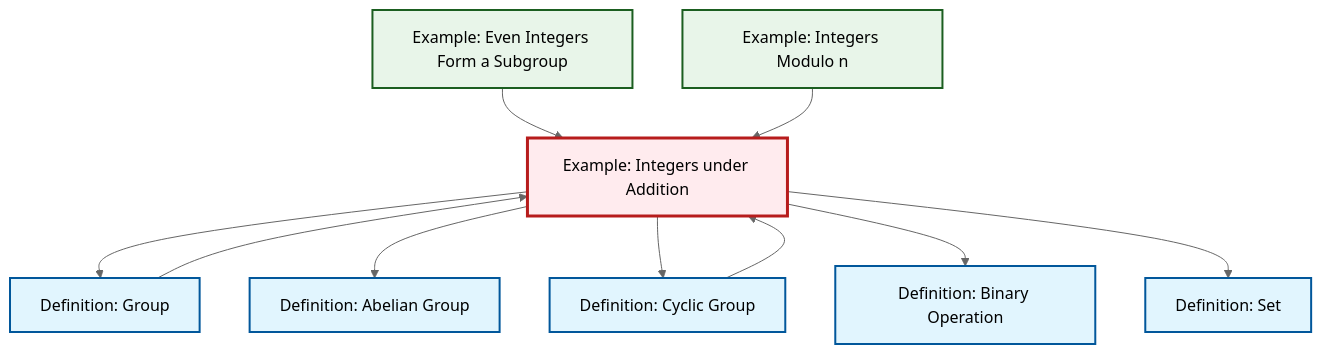
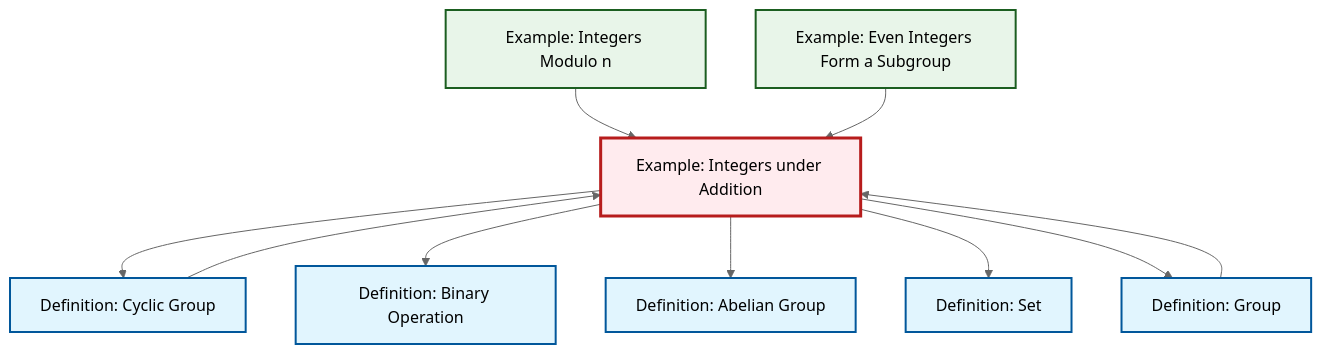
The diagram in content/ja/algebra/ex-integers-addition.qmd (RK0429/ModernMath), drawn with Mermaid (neutral theme) before and after one commit. The commit also changed other lines of this file and 597 other files, not shown here.

````diff
--- a/content/ja/algebra/ex-integers-addition.qmd
+++ b/content/ja/algebra/ex-integers-addition.qmd
@@ -74,34 +74,34 @@
 ```{mermaid}
 %%| fig-cap: "Local dependency graph"
 graph TD
     classDef definition fill:#e1f5fe,stroke:#01579b,stroke-width:2px
     classDef theorem fill:#f3e5f5,stroke:#4a148c,stroke-width:2px
     classDef axiom fill:#fff3e0,stroke:#e65100,stroke-width:2px
     classDef example fill:#e8f5e9,stroke:#1b5e20,stroke-width:2px
     classDef current fill:#ffebee,stroke:#b71c1c,stroke-width:3px
+    ex-even-integers-subgroup["Example: Even Integers Form a Subgroup"]:::example
+    def-cyclic-group["Definition: Cyclic Group"]:::definition
+    ex-quotient-integers-mod-n["Example: Integers Modulo n"]:::example
+    ex-integers-addition["Example: Integers under Addition"]:::example
+    def-set["Definition: Set"]:::definition
+    def-abelian-group["Definition: Abelian Group"]:::definition
+    def-group["Definition: Group"]:::definition
     def-binary-operation["Definition: Binary Operation"]:::definition
-    ex-integers-addition["Example: Integers under Addition"]:::example
-    def-abelian-group["Definition: Abelian Group"]:::definition
-    def-cyclic-group["Definition: Cyclic Group"]:::definition
-    def-group["Definition: Group"]:::definition
-    def-set["Definition: Set"]:::definition
-    ex-even-integers-subgroup["Example: Even Integers Form a Subgroup"]:::example
-    ex-quotient-integers-mod-n["Example: Integers Modulo n"]:::example
+    ex-integers-addition --> def-cyclic-group
+    ex-integers-addition --> def-binary-operation
+    ex-integers-addition --> def-abelian-group
+    ex-integers-addition --> def-set
+    def-group --> ex-integers-addition
+    def-cyclic-group --> ex-integers-addition
+    ex-integers-addition --> def-group
+    ex-quotient-integers-mod-n --> ex-integers-addition
     ex-even-integers-subgroup --> ex-integers-addition
-    ex-integers-addition --> def-group
-    ex-integers-addition --> def-abelian-group
-    ex-integers-addition --> def-cyclic-group
-    def-cyclic-group --> ex-integers-addition
-    def-group --> ex-integers-addition
-    ex-integers-addition --> def-binary-operation
-    ex-integers-addition --> def-set
-    ex-quotient-integers-mod-n --> ex-integers-addition
     class ex-integers-addition current
+    click ex-even-integers-subgroup "ex-even-integers-subgroup.html" "Example: Even Integers Form a Subgroupへ"
+    click def-cyclic-group "def-cyclic-group.html" "Definition: Cyclic Groupへ"
+    click ex-quotient-integers-mod-n "ex-quotient-integers-mod-n.html" "Example: Integers Modulo nへ"
+    click def-set "def-set.html" "Definition: Setへ"
+    click def-abelian-group "def-abelian-group.html" "Definition: Abelian Groupへ"
+    click def-group "def-group.html" "Definition: Groupへ"
     click def-binary-operation "def-binary-operation.html" "Definition: Binary Operationへ"
-    click def-abelian-group "def-abelian-group.html" "Definition: Abelian Groupへ"
-    click def-cyclic-group "def-cyclic-group.html" "Definition: Cyclic Groupへ"
-    click def-group "def-group.html" "Definition: Groupへ"
-    click def-set "def-set.html" "Definition: Setへ"
-    click ex-even-integers-subgroup "ex-even-integers-subgroup.html" "Example: Even Integers Form a Subgroupへ"
-    click ex-quotient-integers-mod-n "ex-quotient-integers-mod-n.html" "Example: Integers Modulo nへ"
 ```
````
